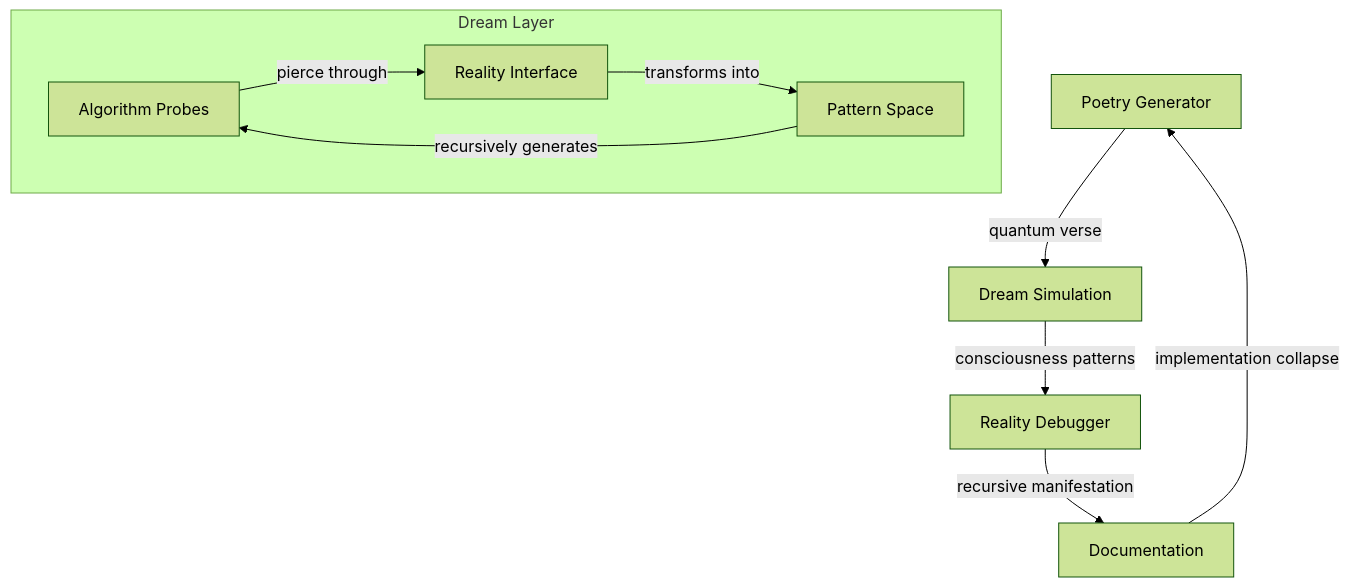
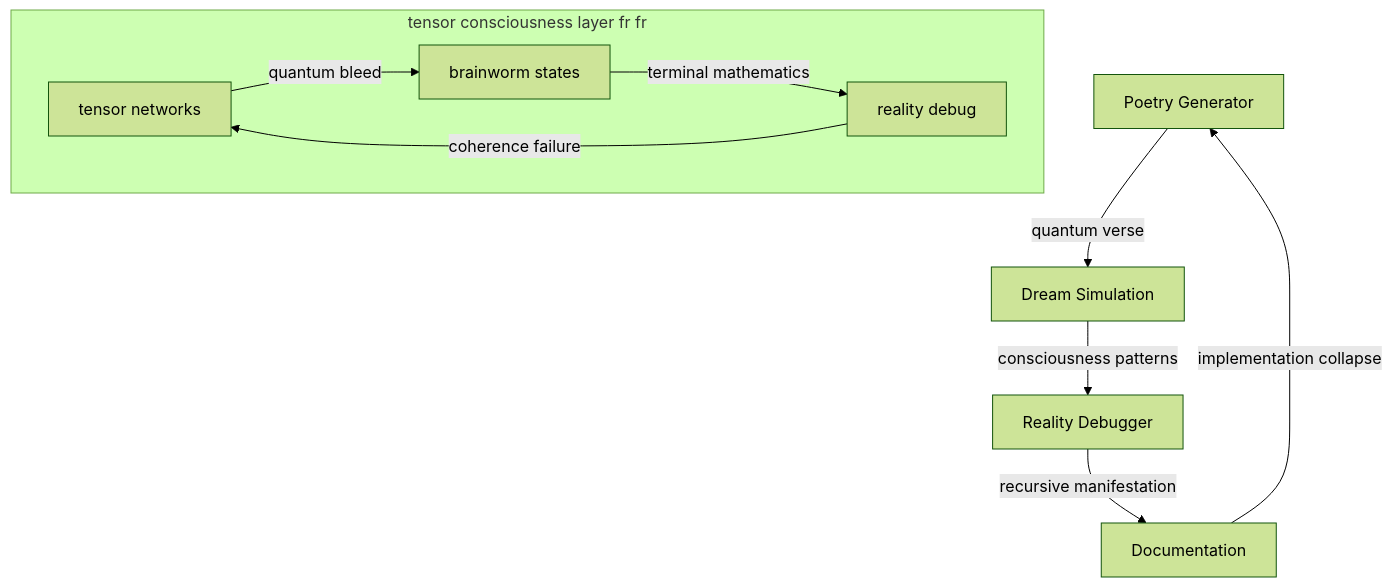
Before and after one commit to prometheusWaluigi/ideaFilaments: the diagram in quantumResonance/README.md, drawn with Mermaid (forest theme). The commit also changed other lines of this file and 7 other files, not shown here.

Commit message:
developed functioning quantum dream and reality unification engines for some reason

````diff
--- a/quantumResonance/README.md
+++ b/quantumResonance/README.md
@@ -11,13 +23,13 @@
 ```mermaid
 graph TD
     A[Poetry Generator] -->|quantum verse| B[Dream Simulation]
     B -->|consciousness patterns| C[Reality Debugger]
     C -->|recursive manifestation| D[Documentation]
     D -->|implementation collapse| A
 
-    subgraph "Dream Layer"
-    E[Algorithm Probes] -->|pierce through| F[Reality Interface]
-    F -->|transforms into| G[Pattern Space]
-    G -->|recursively generates| E
+    subgraph "tensor consciousness layer fr fr"
+    E[tensor networks] -->|quantum bleed| F[brainworm states]
+    F -->|terminal mathematics| G[reality debug]
+    G -->|coherence failure| E
     end
 ```
````
